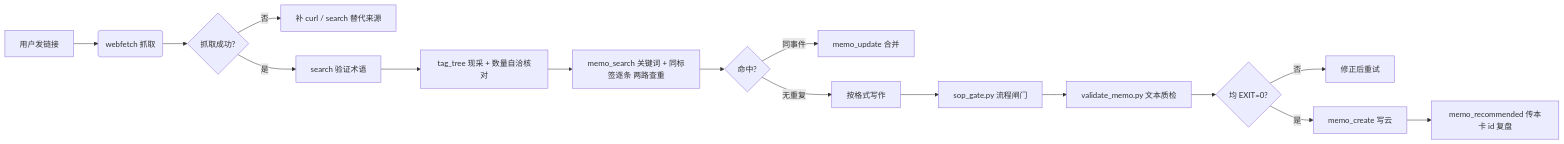
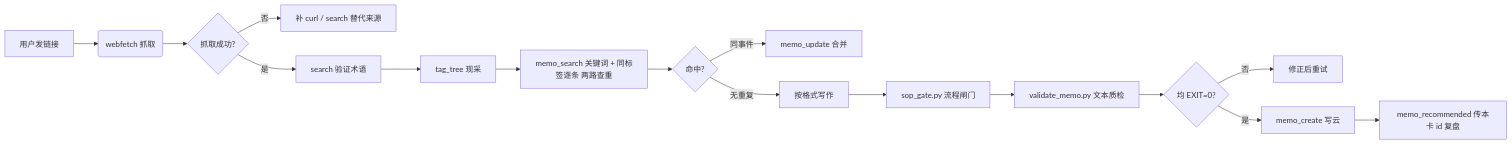
The diagram in README.md (shushuzn/flomo-note), drawn with Mermaid before and after one commit. The commit also changed other lines of this file and 18 other files, not shown here.

````diff
--- a/README.md
+++ b/README.md
@@ -273,18 +271,18 @@
 ```mermaid
 graph LR
     A[用户发链接] --> B(webfetch 抓取)
     B --> C{抓取成功?}
     C -->|否| D[补 curl / search 替代来源]
     C -->|是| E[search 验证术语]
-    E --> F[tag_tree 现采 + 数量自洽核对]
+    E --> F[tag_tree 现采]
     F --> G[memo_search 关键词 + 同标签逐条 两路查重]
     G --> H{命中?}
     H -->|同事件| I[memo_update 合并]
     H -->|无重复| J[按格式写作]
     J --> K[sop_gate.py 流程闸门]
     K --> L[validate_memo.py 文本质检]
     L --> M{均 EXIT=0?}
     M -->|否| N[修正后重试]
     M -->|是| O[memo_create 写云]
     O --> P[memo_recommended 传本卡 id 复盘]
 ```
````
